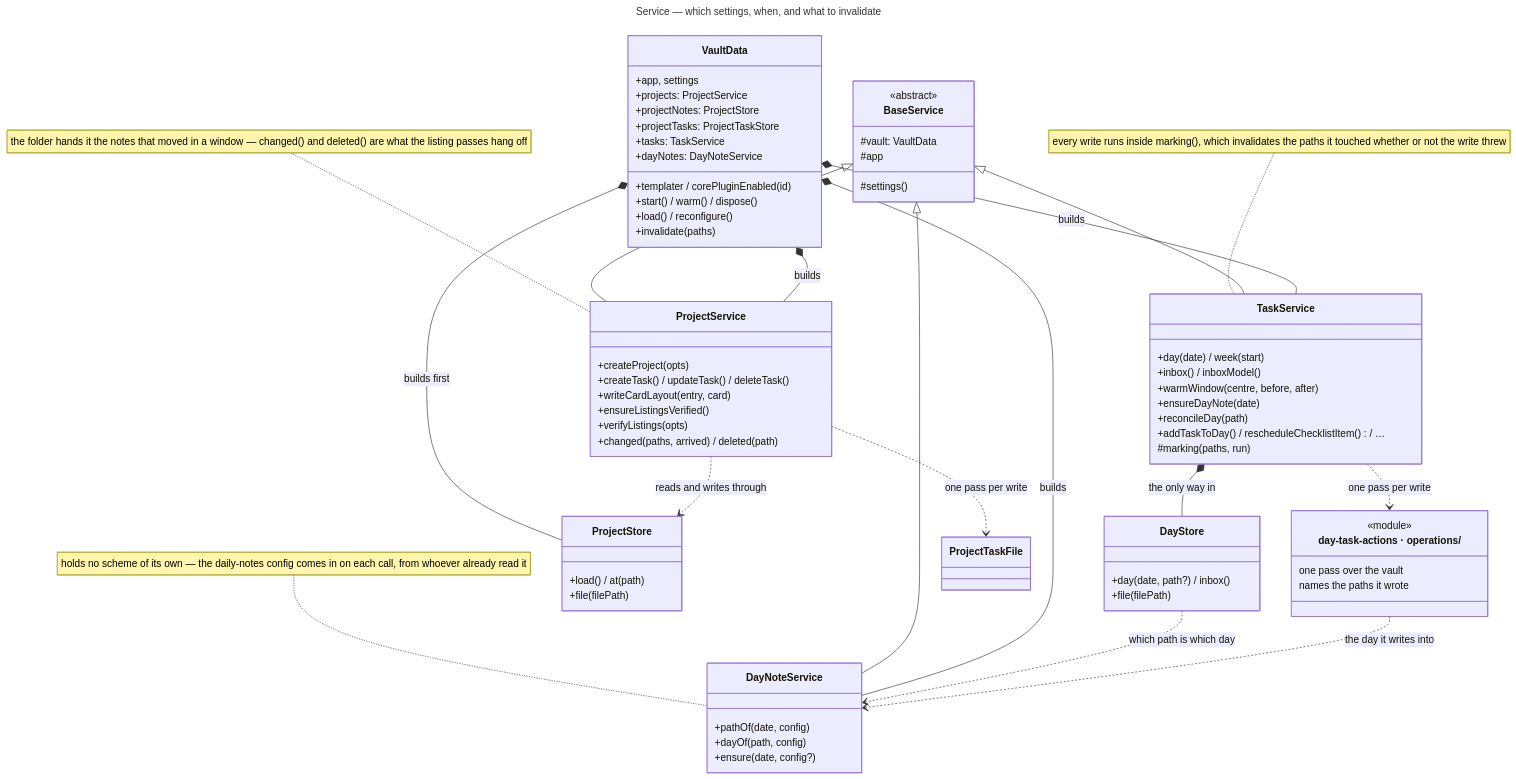
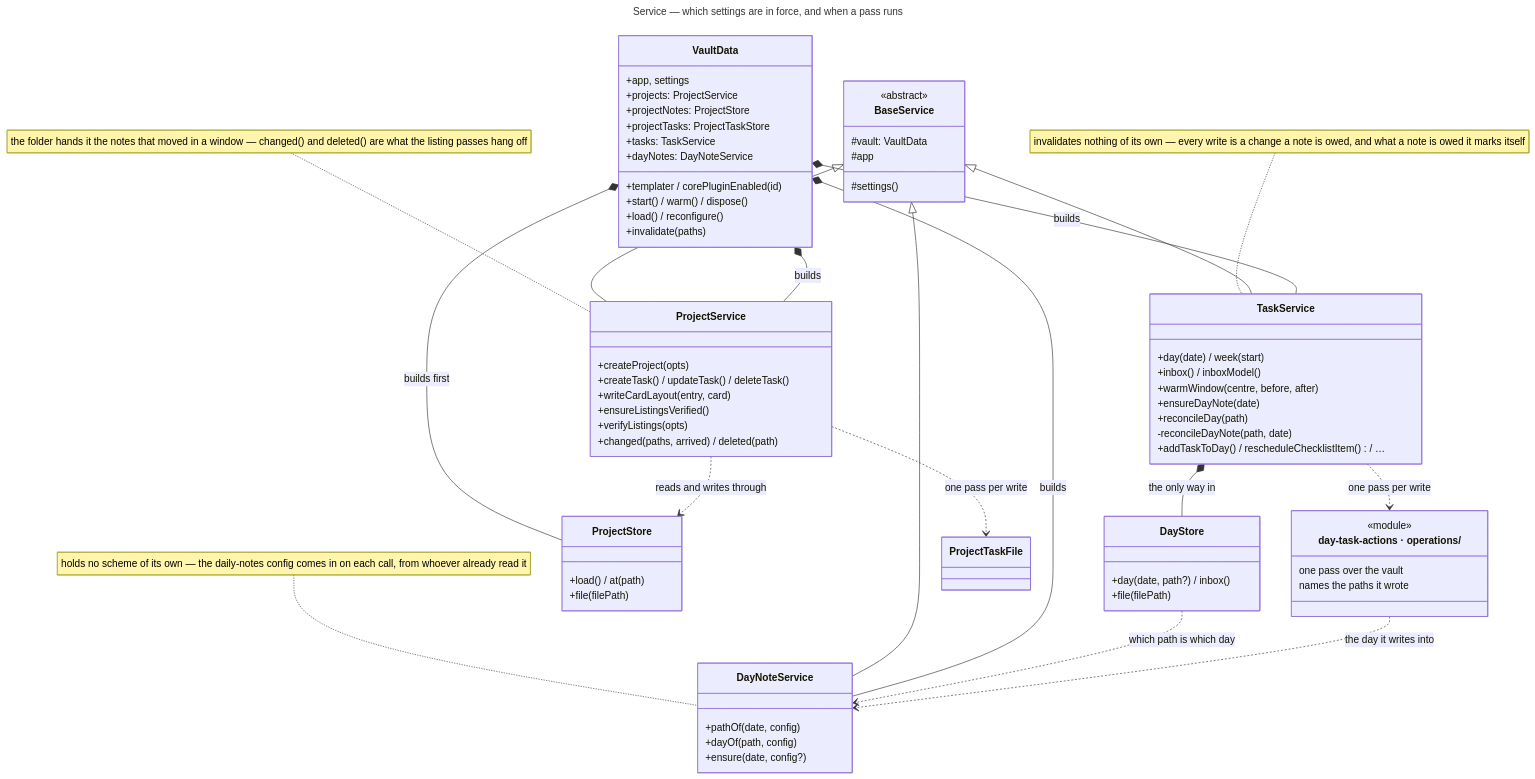
One commit to Laurent-Ferier/pm-compass changed the diagram in docs/technical/diagrams/service.mmd. Above: the diagram before and after it, drawn with Mermaid. The commit also changed 19 other files, not shown here.

First line of the commit message:
refactor: what a note is owed it marks itself

```diff
--- a/docs/technical/diagrams/service.mmd
+++ b/docs/technical/diagrams/service.mmd
@@ -1,84 +1,84 @@
 ---
-title: Service — which settings, when, and what to invalidate
+title: Service — which settings are in force, and when a pass runs
 ---
 classDiagram
   direction TB
 
   class VaultData {
     +app, settings
     +templater / corePluginEnabled(id)
     +projects: ProjectService
     +projectNotes: ProjectStore
     +projectTasks: ProjectTaskStore
     +tasks: TaskService
     +dayNotes: DayNoteService
     +start() / warm() / dispose()
     +load() / reconfigure()
     +invalidate(paths)
   }
 
   class BaseService {
     <<abstract>>
     #vault: VaultData
     #app
     #settings()
   }
 
   class TaskService {
     +day(date) / week(start)
     +inbox() / inboxModel()
     +warmWindow(centre, before, after)
     +ensureDayNote(date)
     +reconcileDay(path)
+    -reconcileDayNote(path, date)
     +addTaskToDay() / rescheduleChecklistItem() / …
-    #marking(paths, run)
   }
 
   class ProjectService {
     +createProject(opts)
     +createTask() / updateTask() / deleteTask()
     +writeCardLayout(entry, card)
     +ensureListingsVerified()
     +verifyListings(opts)
     +changed(paths, arrived) / deleted(path)
   }
 
   class DayNoteService {
     +pathOf(date, config)
     +dayOf(path, config)
     +ensure(date, config?)
   }
 
   class DayStore {
     +day(date, path?) / inbox()
     +file(filePath)
   }
 
   class ProjectStore {
     +load() / at(path)
     +file(filePath)
   }
 
   class dayTaskActions["day-task-actions · operations/"] {
     <<module>>
     one pass over the vault
     names the paths it wrote
   }
 
   BaseService <|-- TaskService
   BaseService <|-- ProjectService
   BaseService <|-- DayNoteService
   VaultData *-- TaskService : builds
   VaultData *-- ProjectService : builds
   VaultData *-- DayNoteService : builds
   VaultData *-- ProjectStore : builds first
   TaskService *-- DayStore : the only way in
   ProjectService ..> ProjectStore : reads and writes through
   TaskService ..> dayTaskActions : one pass per write
   ProjectService ..> ProjectTaskFile : one pass per write
   DayStore ..> DayNoteService : which path is which day
   dayTaskActions ..> DayNoteService : the day it writes into
 
   note for DayNoteService "holds no scheme of its own — the daily-notes config comes in on each call, from whoever already read it"
   note for ProjectService "the folder hands it the notes that moved in a window — changed() and deleted() are what the listing passes hang off"
-  note for TaskService "every write runs inside marking(), which invalidates the paths it touched whether or not the write threw"
+  note for TaskService "invalidates nothing of its own — every write is a change a note is owed, and what a note is owed it marks itself"
```
